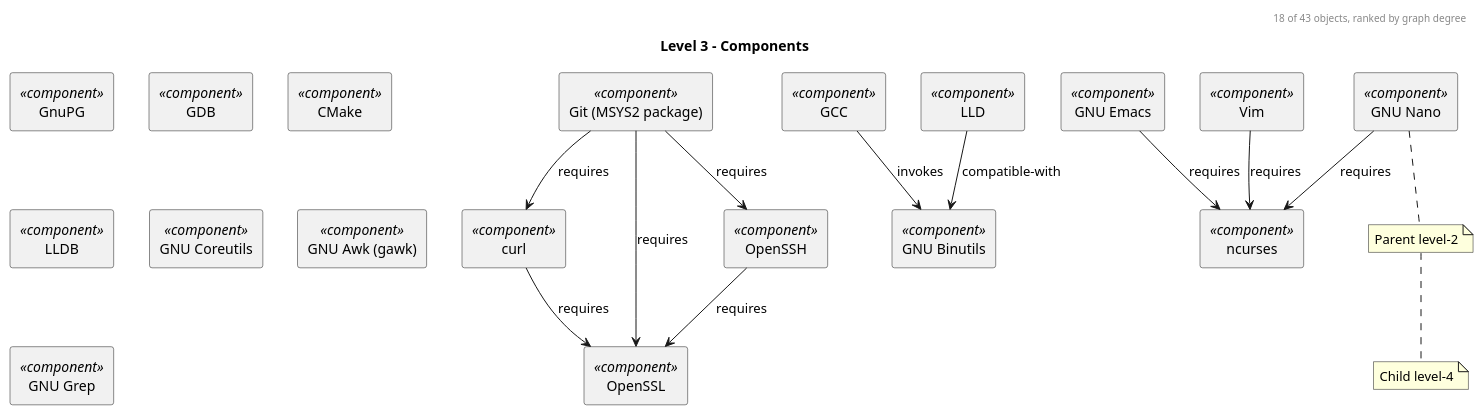
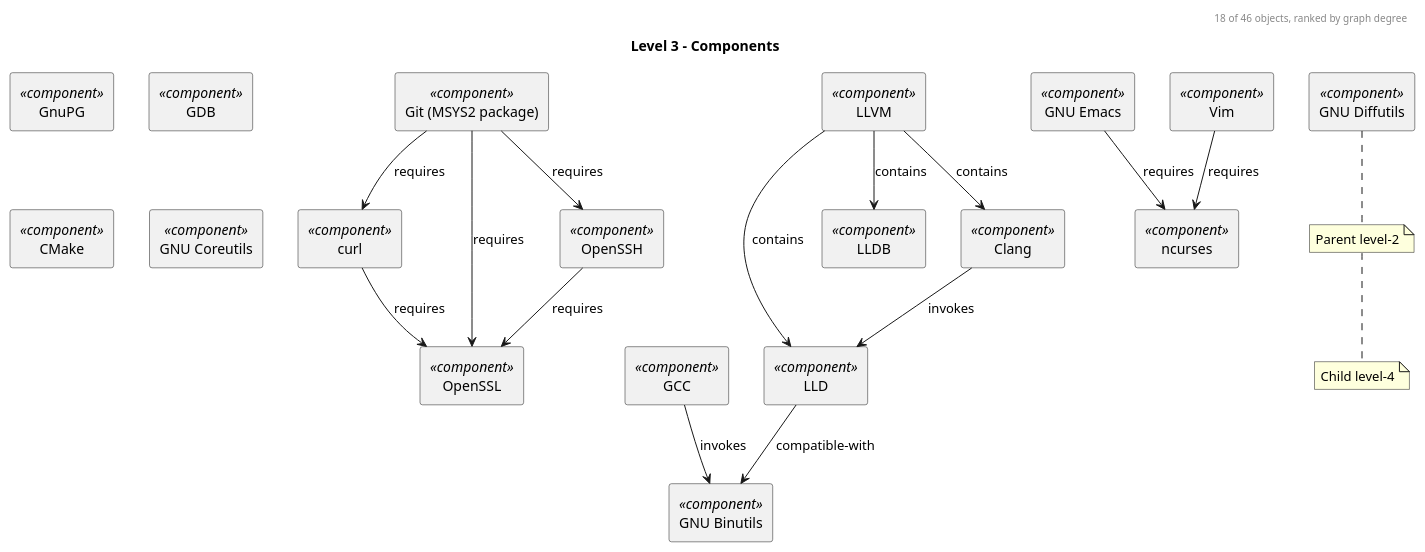
Before and after one commit to baileyrd/AKB: the diagram in diagrams/level-3.puml, drawn with PlantUML. The commit also changed 29 other files, not shown here.

First line of the commit message:
Increment 4: Diffutils, Patch, and the LLVM umbrella

```diff
--- a/diagrams/level-3.puml
+++ b/diagrams/level-3.puml
@@ -1,37 +1,40 @@
 @startuml level-3
 ' Generated from the composed model by tools/build_diagrams.py - do not edit by hand.
 title Level 3 - Components
-header 18 of 43 objects, ranked by graph degree
+header 18 of 46 objects, ranked by graph degree
 skinparam componentStyle rectangle
 skinparam defaultFontName sans-serif
 rectangle "GnuPG" as n0 <<component>>
 rectangle "GDB" as n1 <<component>>
 rectangle "CMake" as n2 <<component>>
 rectangle "curl" as n3 <<component>>
 rectangle "GCC" as n4 <<component>>
 rectangle "OpenSSL" as n5 <<component>>
 rectangle "Git (MSYS2 package)" as n6 <<component>>
 rectangle "GNU Binutils" as n7 <<component>>
 rectangle "GNU Emacs" as n8 <<component>>
 rectangle "ncurses" as n9 <<component>>
-rectangle "OpenSSH" as n10 <<component>>
-rectangle "LLD" as n11 <<component>>
-rectangle "LLDB" as n12 <<component>>
+rectangle "LLD" as n10 <<component>>
+rectangle "LLDB" as n11 <<component>>
+rectangle "OpenSSH" as n12 <<component>>
 rectangle "GNU Coreutils" as n13 <<component>>
-rectangle "Vim" as n14 <<component>>
-rectangle "GNU Awk (gawk)" as n15 <<component>>
-rectangle "GNU Grep" as n16 <<component>>
-rectangle "GNU Nano" as n17 <<component>>
+rectangle "Clang" as n14 <<component>>
+rectangle "LLVM" as n15 <<component>>
+rectangle "Vim" as n16 <<component>>
+rectangle "GNU Diffutils" as n17 <<component>>
 n8 --> n9 : requires
-n17 --> n9 : requires
-n14 --> n9 : requires
+n16 --> n9 : requires
 n6 --> n3 : requires
-n6 --> n10 : requires
+n6 --> n12 : requires
 n6 --> n5 : requires
 n3 --> n5 : requires
-n10 --> n5 : requires
+n12 --> n5 : requires
 n4 --> n7 : invokes
-n11 --> n7 : compatible-with
+n14 --> n10 : invokes
+n10 --> n7 : compatible-with
+n15 --> n14 : contains
+n15 --> n10 : contains
+n15 --> n11 : contains
 note bottom : Parent level-2
 note bottom : Child level-4
 @enduml
```
